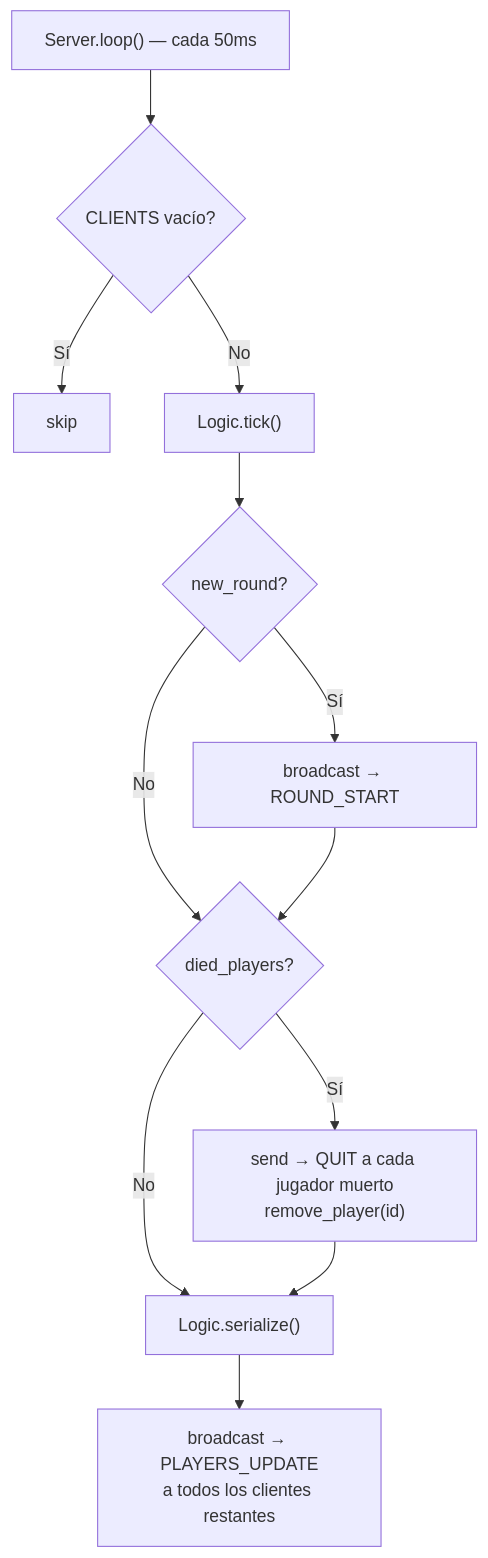
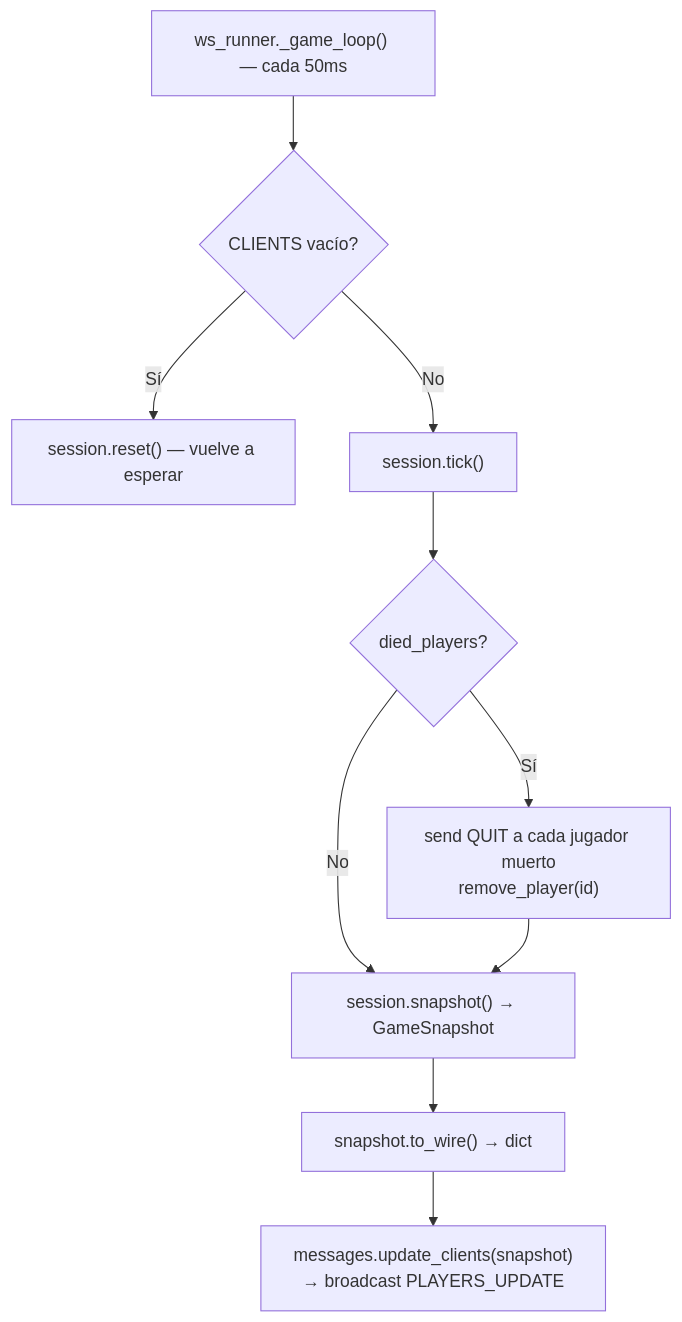
Before and after one commit to Aouei/pygame_multi: the sixth of 6 diagrams in docs/diagramas/mensajes.md, drawn with Mermaid. The commit also changed other lines of this file and 3 other files, not shown here.

````diff
--- a/docs/diagramas/mensajes.md
+++ b/docs/diagramas/mensajes.md
@@ -285,14 +277,12 @@
 ```mermaid
 flowchart TD
-    T["Server.loop() — cada 50ms"] --> A{"CLIENTS vacío?"}
-    A -->|Sí| Z["skip"]
-    A -->|No| TK["Logic.tick()"]
-    TK --> NR{"new_round?"}
-    NR -->|Sí| RS["broadcast → ROUND_START"]
-    NR -->|No| DP
-    RS --> DP{"died_players?"}
-    DP -->|Sí| QT["send → QUIT a cada jugador muerto\nremove_player(id)"]
+    T["ws_runner._game_loop() — cada 50ms"] --> A{"CLIENTS vacío?"}
+    A -->|Sí| Z["session.reset() — vuelve a esperar"]
+    A -->|No| TK["session.tick()"]
+    TK --> DP{"died_players?"}
+    DP -->|Sí| QT["send QUIT a cada jugador muerto\nremove_player(id)"]
     DP -->|No| SER
-    QT --> SER["Logic.serialize()"]
-    SER --> BC["broadcast → PLAYERS_UPDATE\na todos los clientes restantes"]
+    QT --> SER["session.snapshot() → GameSnapshot"]
+    SER --> TW["snapshot.to_wire() → dict"]
+    TW --> BC["messages.update_clients(snapshot)\n→ broadcast PLAYERS_UPDATE"]
 ```
````
